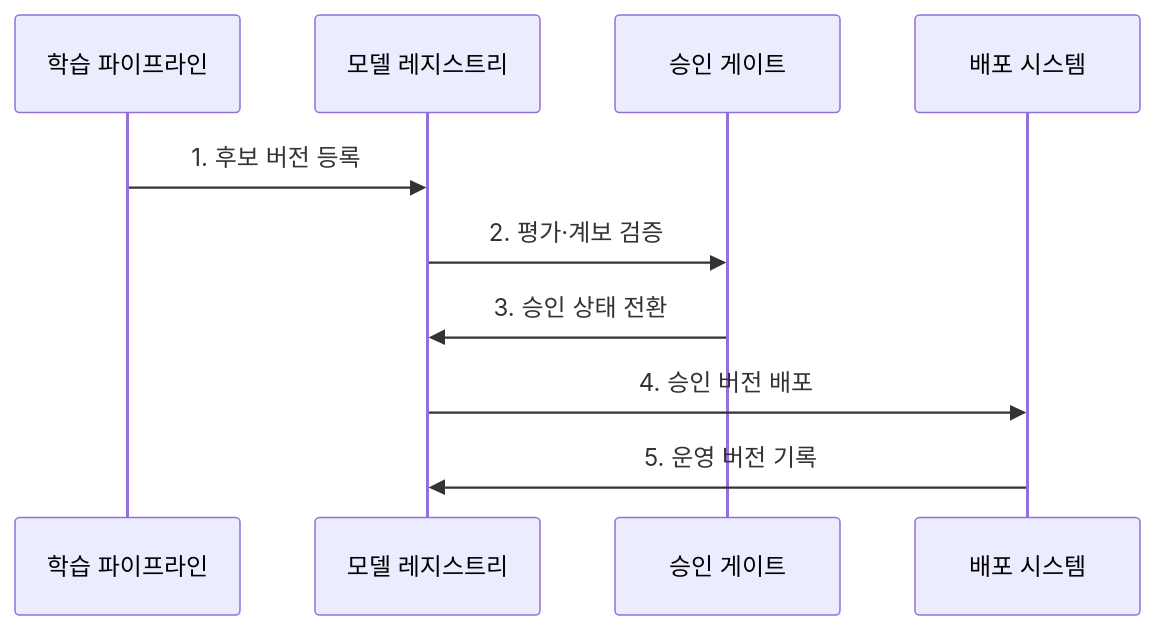
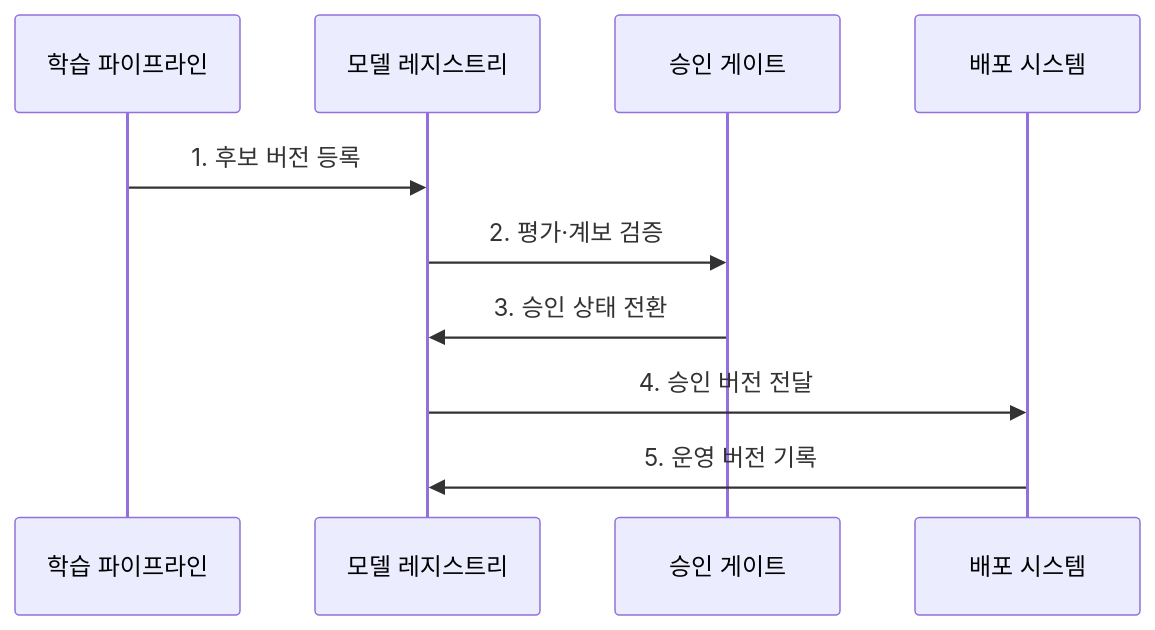
One commit to agnusdei1207/knowledge-base changed the second of 2 diagrams in src/content/docs/notes/03-software/205_model_registry.md. Above: the diagram before and after it, drawn with Mermaid. The commit also changed other lines of this file and 20 other files, not shown here.

````diff
--- a/src/content/docs/notes/03-software/205_model_registry.md
+++ b/src/content/docs/notes/03-software/205_model_registry.md
@@ -83,12 +86,12 @@
 ```mermaid
 sequenceDiagram
     participant T as 학습 파이프라인
     participant R as 모델 레지스트리
     participant G as 승인 게이트
     participant D as 배포 시스템
     T->>R: 1. 후보 버전 등록
     R->>G: 2. 평가·계보 검증
     G->>R: 3. 승인 상태 전환
-    R->>D: 4. 승인 버전 배포
+    R->>D: 4. 승인 버전 전달
     D->>R: 5. 운영 버전 기록
 ```
````
